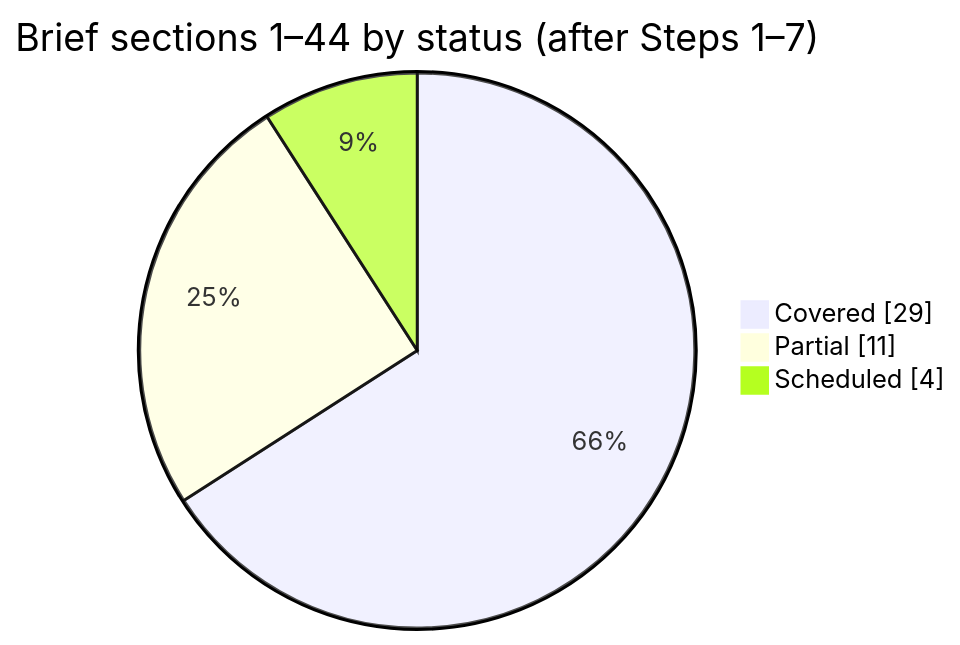
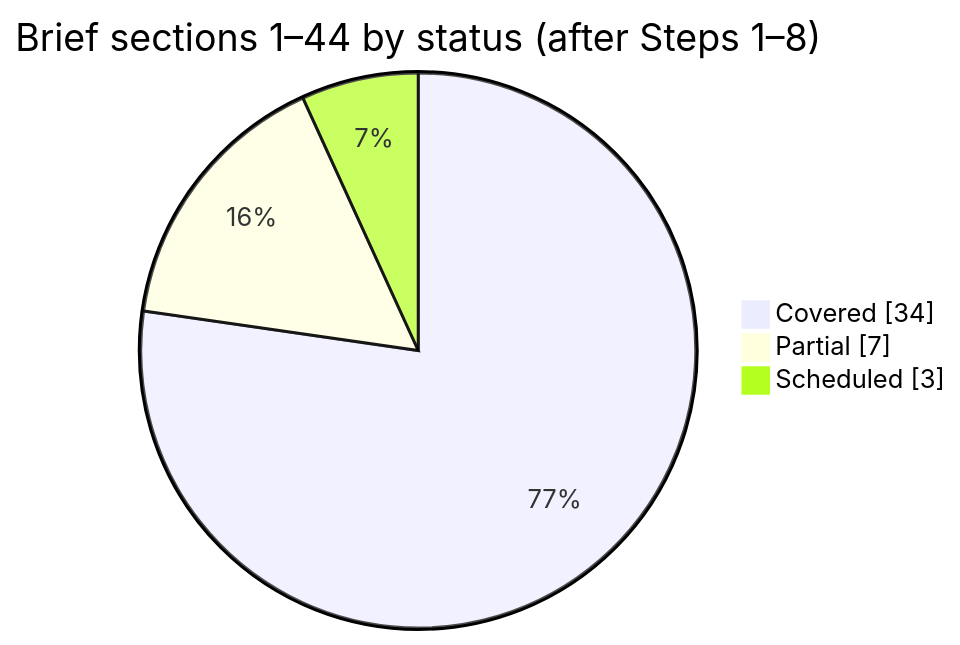
Before and after one commit to adityayadav30561-rgb/MASTER-ERP: the diagram in docs/tracking/COVERAGE-MATRIX.md, drawn with Mermaid. The commit also changed other lines of this file and 27 other files, not shown here.

First line of the commit message:
Accept Step 7; add Step 8 data architecture

````diff
--- a/docs/tracking/COVERAGE-MATRIX.md
+++ b/docs/tracking/COVERAGE-MATRIX.md
@@ -14,7 +14,7 @@
 ```mermaid
 pie showData
-    title Brief sections 1–44 by status (after Steps 1–7)
-    "Covered" : 29
-    "Partial" : 11
-    "Scheduled" : 4
+    title Brief sections 1–44 by status (after Steps 1–8)
+    "Covered" : 34
+    "Partial" : 7
+    "Scheduled" : 3
 ```
````
